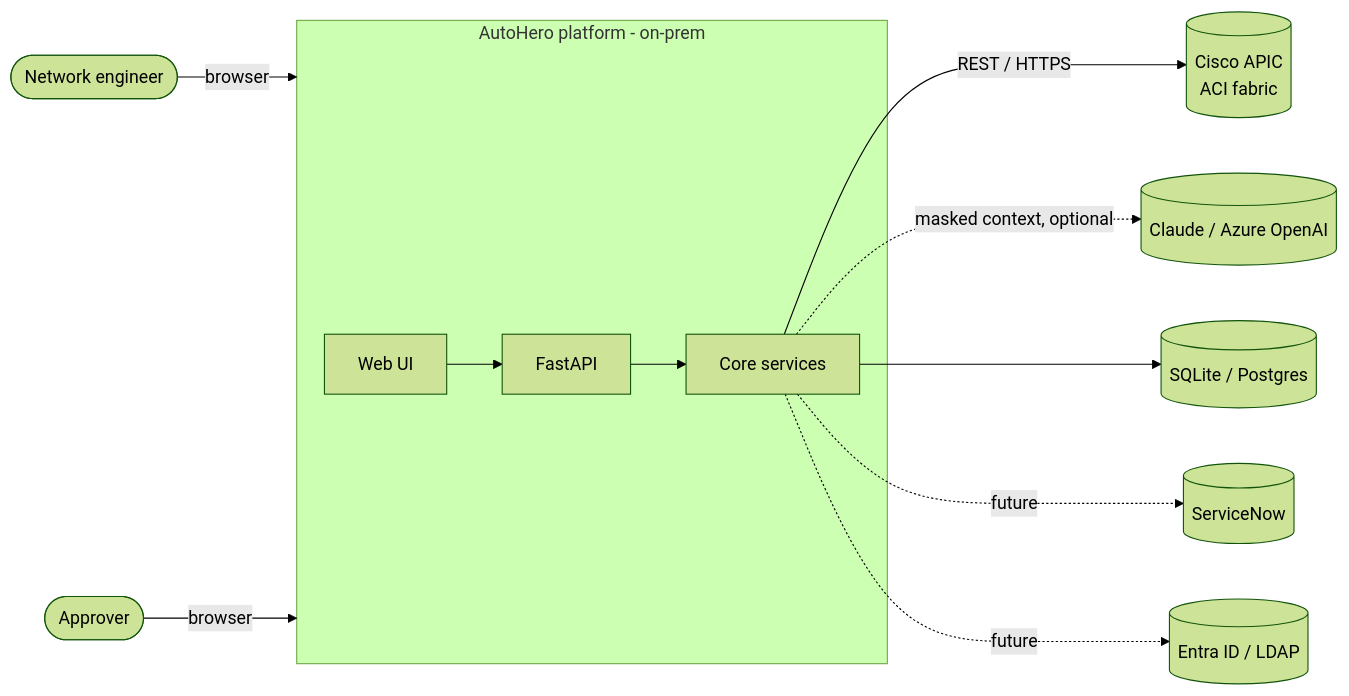
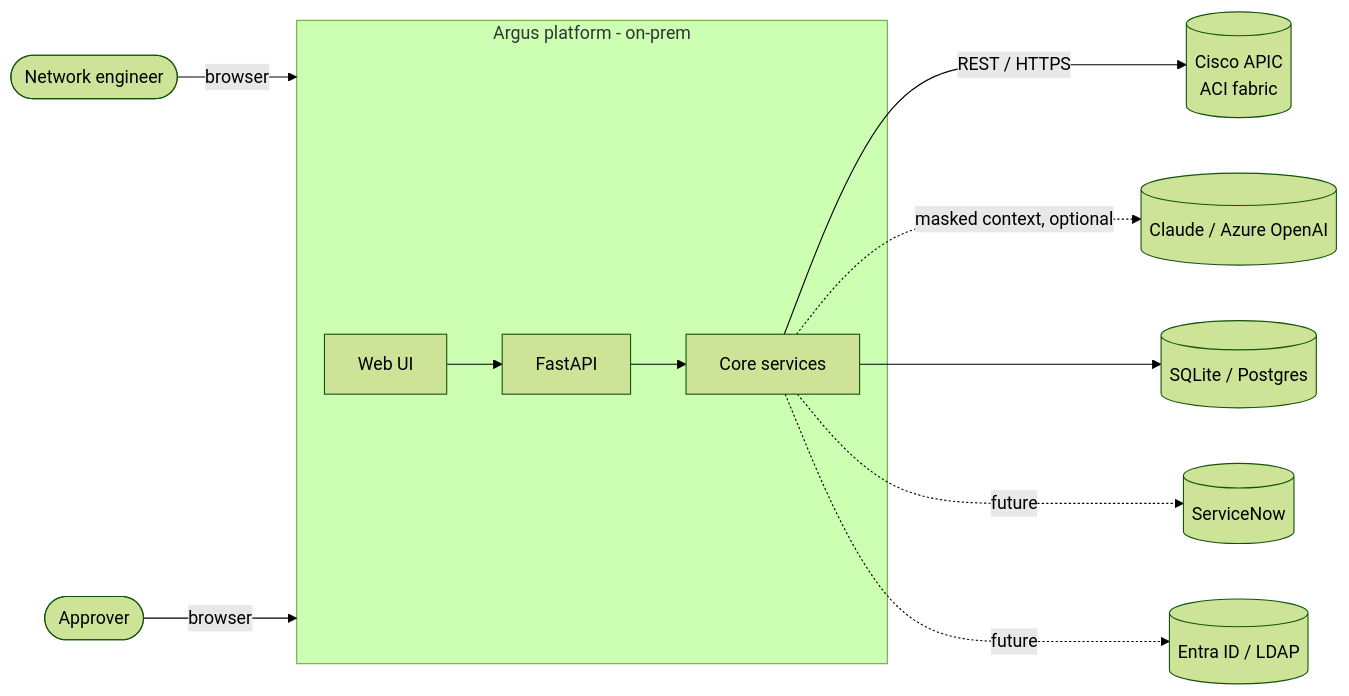
The first of 6 diagrams in docs/ARCHITECTURE.md (youhana-sobhy/Argus), drawn with Mermaid (forest theme) before and after one commit. The commit also changed other lines of this file and 97 other files, not shown here.

First line of the commit message:
Rename AutoHero to Argus

````diff
--- a/docs/ARCHITECTURE.md
+++ b/docs/ARCHITECTURE.md
@@ -48,14 +48,14 @@
 ```mermaid
 flowchart LR
   ENG([Network engineer]) -->|browser| AH
   APR([Approver]) -->|browser| AH
-  subgraph AH[AutoHero platform - on-prem]
+  subgraph AH[Argus platform - on-prem]
     UI[Web UI] --> API[FastAPI]
     API --> CORE[Core services]
   end
   CORE -->|REST / HTTPS| APIC[(Cisco APIC<br/>ACI fabric)]
   CORE -.->|masked context, optional| LLM[(Claude / Azure OpenAI)]
   CORE --> DB[(SQLite / Postgres)]
   CORE -.->|future| ITSM[(ServiceNow)]
   CORE -.->|future| IDP[(Entra ID / LDAP)]
 ```
````
